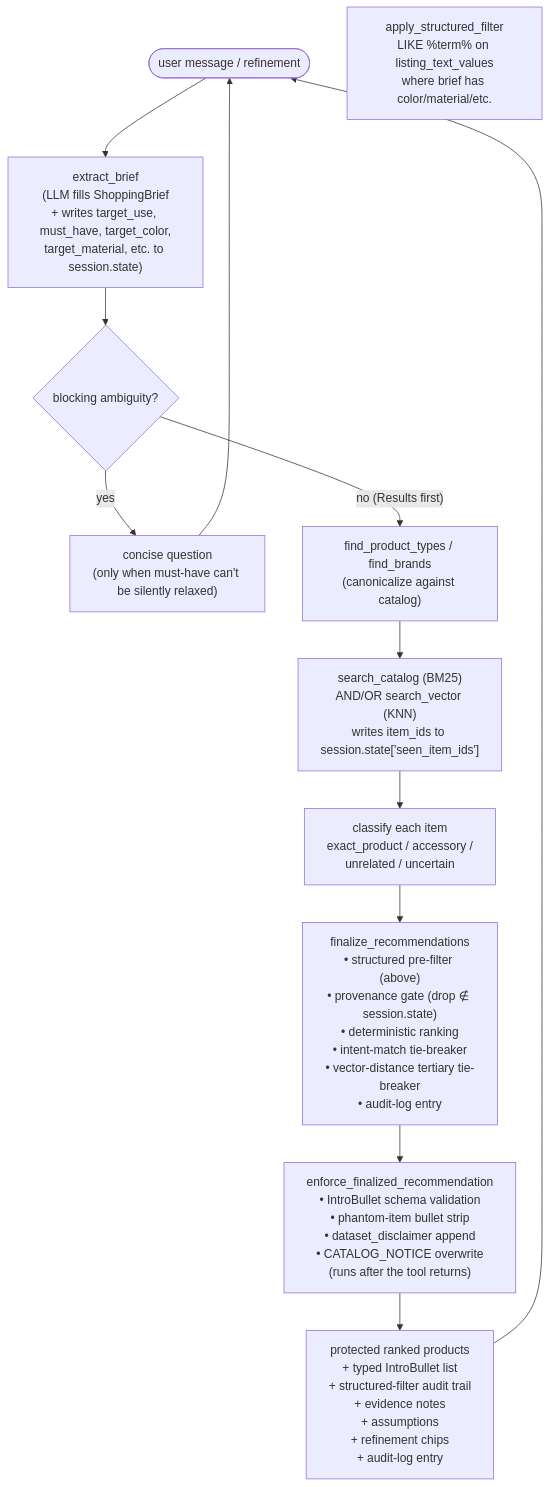
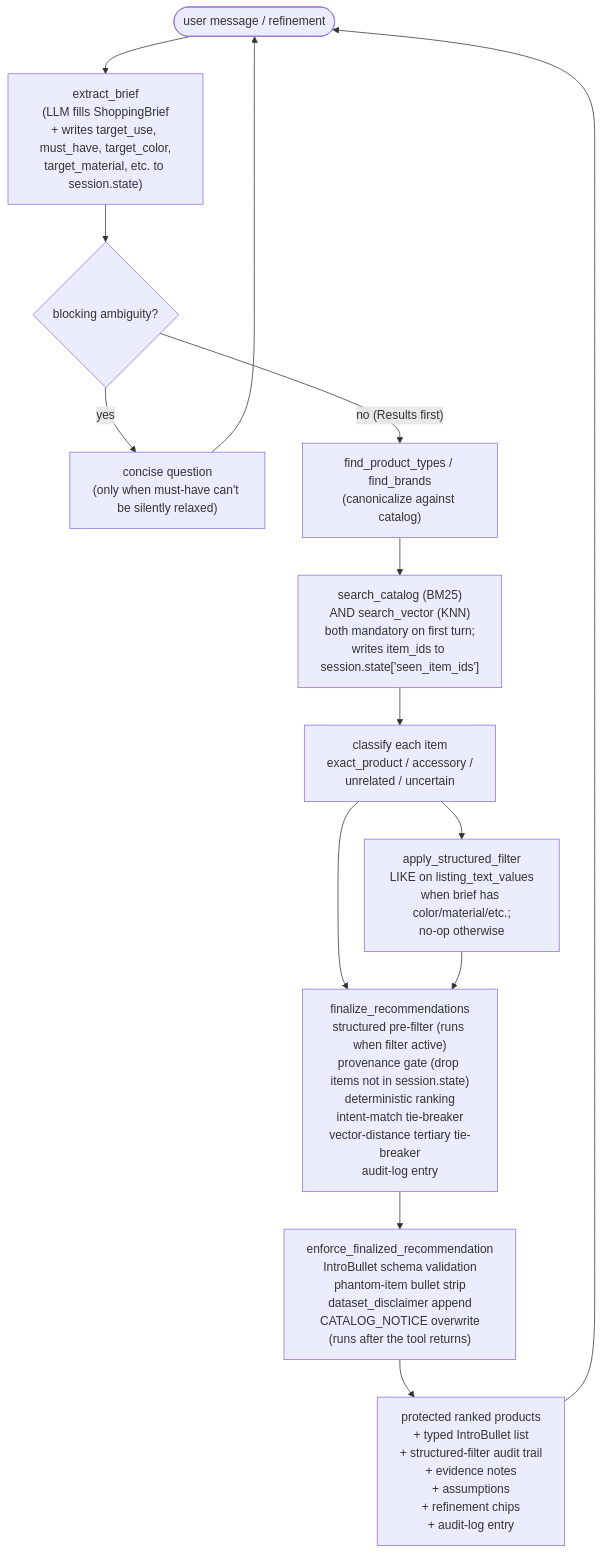
Before and after one commit to rajasingh012/retail-concierge: the second of 5 diagrams in architecture.md, drawn with Mermaid.

Commit message:
docs(architecture): wire apply_structured_filter into the Conversation flowchart
The node existed but had no edges, so mermaid.js rendered it off-canvas
as an orphan — readers couldn't see where the structured pre-filter ran.

Also rename two node IDs (finalize -> flt, finalize2 -> guard) to avoid
keyword collisions, drop the unicode 'notin' glyph (breaks some
mermaid.js builds), and tighten labels. Verified rendering with mmdc
11.16.0: all 11 nodes + 13 edges now present, no orphans.

````diff
--- a/architecture.md
+++ b/architecture.md
@@ -58,26 +58,28 @@
 ```mermaid
 flowchart TD
   user(["user message / refinement"])
   brief["extract_brief<br/>(LLM fills ShoppingBrief<br/>+ writes target_use, must_have, target_color,<br/>target_material, etc. to session.state)"]
   qcheck{blocking ambiguity?}
   question["concise question<br/>(only when must-have can't be silently relaxed)"]
   resolve["find_product_types / find_brands<br/>(canonicalize against catalog)"]
-  search["search_catalog (BM25)<br/>AND/OR search_vector (KNN)<br/>writes item_ids to session.state['seen_item_ids']"]
+  recall["search_catalog (BM25)<br/>AND search_vector (KNN)<br/>both mandatory on first turn;<br/>writes item_ids to session.state['seen_item_ids']"]
   classify["classify each item<br/>exact_product / accessory /<br/>unrelated / uncertain"]
-  filter["apply_structured_filter<br/>LIKE %term% on listing_text_values<br/>where brief has color/material/etc."]
-  finalize["finalize_recommendations<br/>• structured pre-filter (above)<br/>• provenance gate (drop ∉ session.state)<br/>• deterministic ranking<br/>• intent-match tie-breaker<br/>• vector-distance tertiary tie-breaker<br/>• audit-log entry"]
-  finalize2["enforce_finalized_recommendation<br/>• IntroBullet schema validation<br/>• phantom-item bullet strip<br/>• dataset_disclaimer append<br/>• CATALOG_NOTICE overwrite<br/>(runs after the tool returns)"]
+  filter["apply_structured_filter<br/>LIKE on listing_text_values<br/>when brief has color/material/etc.;<br/>no-op otherwise"]
+  flt["finalize_recommendations<br/>structured pre-filter (runs when filter active)<br/>provenance gate (drop items not in session.state)<br/>deterministic ranking<br/>intent-match tie-breaker<br/>vector-distance tertiary tie-breaker<br/>audit-log entry"]
+  guard["enforce_finalized_recommendation<br/>IntroBullet schema validation<br/>phantom-item bullet strip<br/>dataset_disclaimer append<br/>CATALOG_NOTICE overwrite<br/>(runs after the tool returns)"]
   out["protected ranked products<br/>+ typed IntroBullet list<br/>+ structured-filter audit trail<br/>+ evidence notes<br/>+ assumptions<br/>+ refinement chips<br/>+ audit-log entry"]
 
   user --> brief
   brief --> qcheck
   qcheck -- "yes" --> question
   qcheck -- "no (Results first)" --> resolve
   question --> user
-  resolve --> search
-  search --> classify
-  classify --> finalize
-  finalize --> finalize2
-  finalize2 --> out
+  resolve --> recall
+  recall --> classify
+  classify --> filter
+  classify --> flt
+  filter --> flt
+  flt --> guard
+  guard --> out
   out --> user
 ```
````
